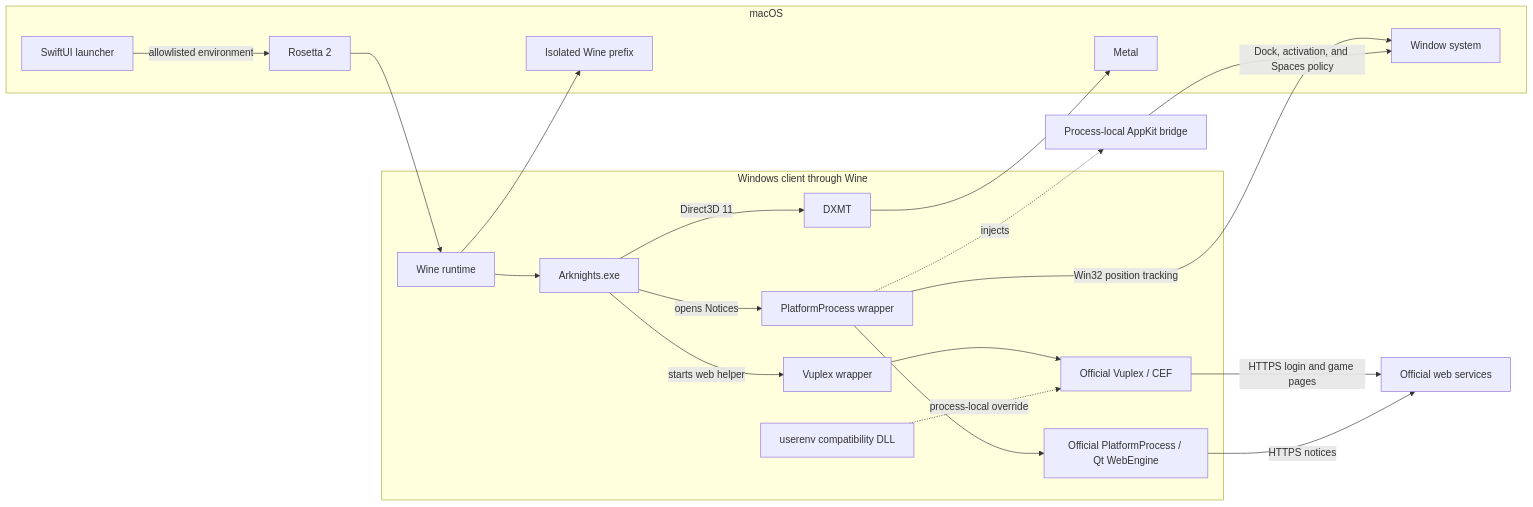
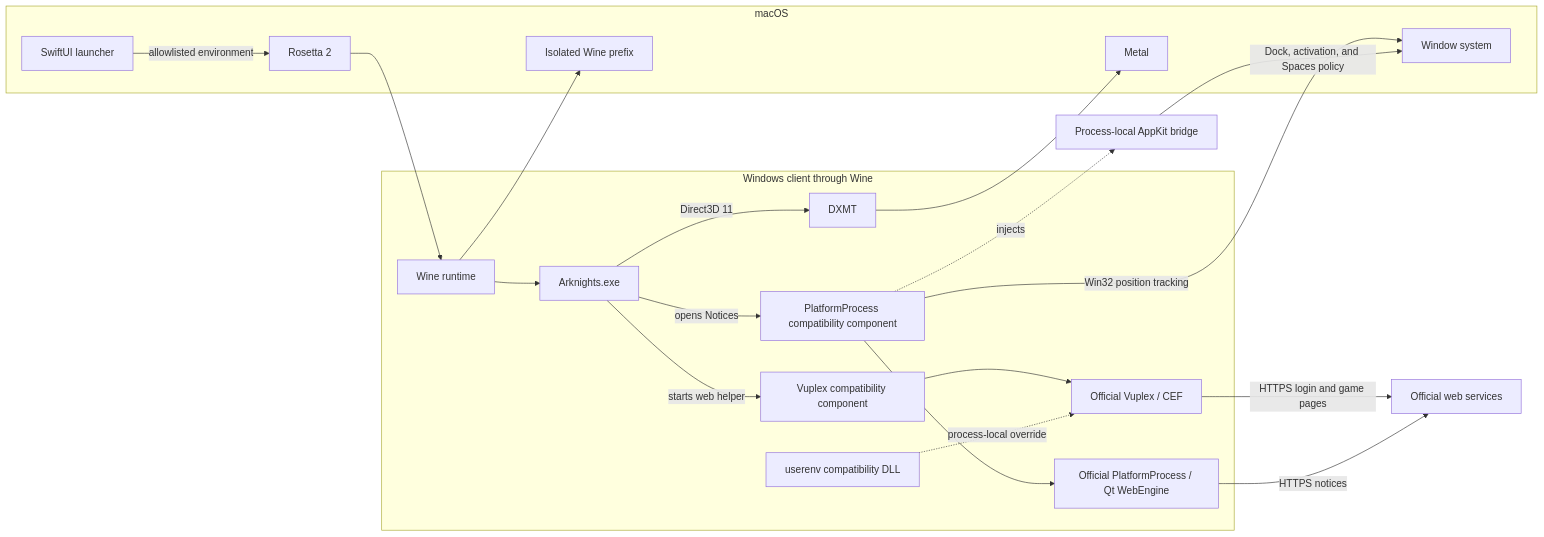
The second of 4 diagrams in docs/development/architecture/launch-and-process-lifecycle.md (LuMiSxh/Arknights-MacOS-Client), drawn with Mermaid before and after one commit. The commit also changed other lines of this file and 4 other files, not shown here.

Commit message:
docs: verify design and architecture claims against the code

````diff
--- a/docs/development/architecture/launch-and-process-lifecycle.md
+++ b/docs/development/architecture/launch-and-process-lifecycle.md
@@ -99,39 +99,39 @@
 ```mermaid
 flowchart LR
 	subgraph macOS
 		Launcher[SwiftUI launcher]
 		Rosetta[Rosetta 2]
 		Metal[Metal]
 		Prefix[Isolated Wine prefix]
 		WindowSystem[Window system]
 	end
 
 	subgraph Windows client through Wine
 		Wine[Wine runtime]
 		Game[Arknights.exe]
 		DXMT[DXMT]
-		Shim[Vuplex wrapper]
+		VuplexComponent[Vuplex compatibility component]
 		CEF[Official Vuplex / CEF]
 		Userenv[userenv compatibility DLL]
-		PlatformShim[PlatformProcess wrapper]
+		PlatformComponent[PlatformProcess compatibility component]
 		Platform[Official PlatformProcess / Qt WebEngine]
 	end
 	Bridge[Process-local AppKit bridge]
 
 	Launcher -->|allowlisted environment| Rosetta
 	Rosetta --> Wine
 	Wine --> Prefix
 	Wine --> Game
 	Game -->|Direct3D 11| DXMT
 	DXMT --> Metal
-	Game -->|starts web helper| Shim
-	Shim --> CEF
+	Game -->|starts web helper| VuplexComponent
+	VuplexComponent --> CEF
 	Userenv -. process-local override .-> CEF
 	CEF -->|HTTPS login and game pages| Web[Official web services]
-	Game -->|opens Notices| PlatformShim
-	PlatformShim --> Platform
-	PlatformShim -. injects .-> Bridge
-	PlatformShim -->|Win32 position tracking| WindowSystem
+	Game -->|opens Notices| PlatformComponent
+	PlatformComponent --> Platform
+	PlatformComponent -. injects .-> Bridge
+	PlatformComponent -->|Win32 position tracking| WindowSystem
 	Bridge -->|Dock, activation, and Spaces policy| WindowSystem
 	Platform -->|HTTPS notices| Web
 ```
````
